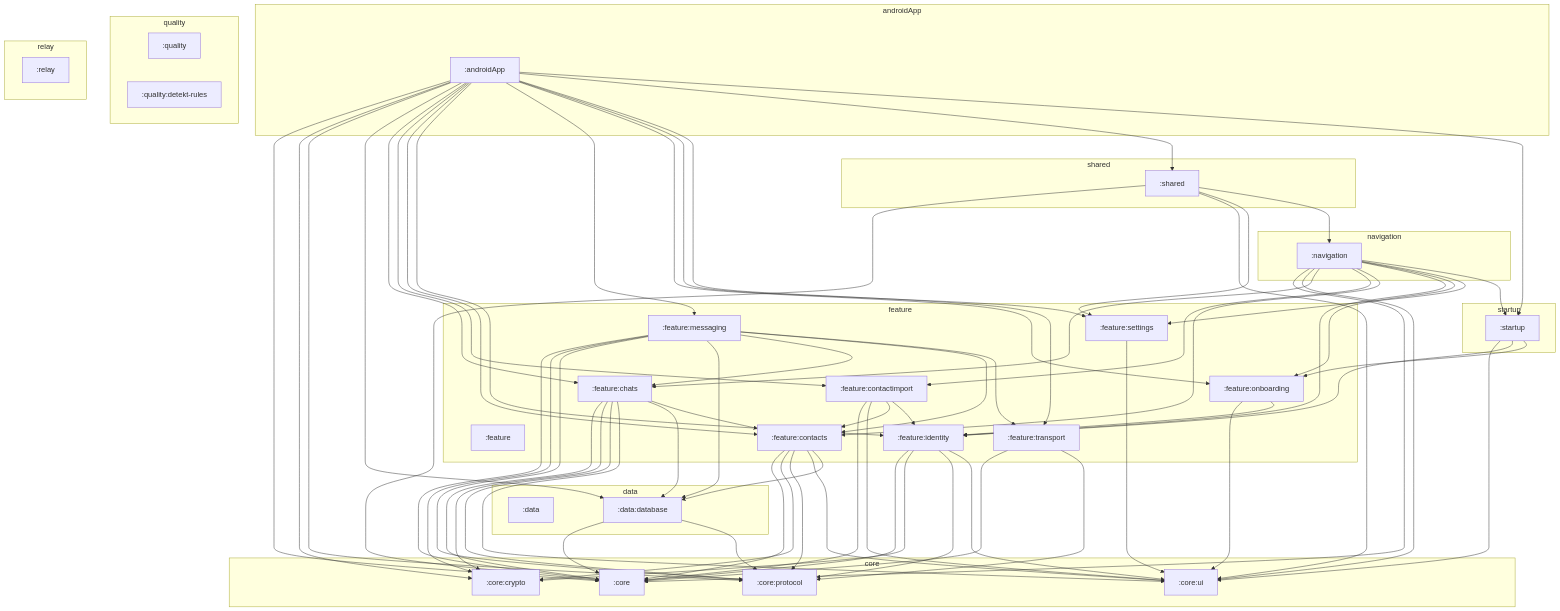
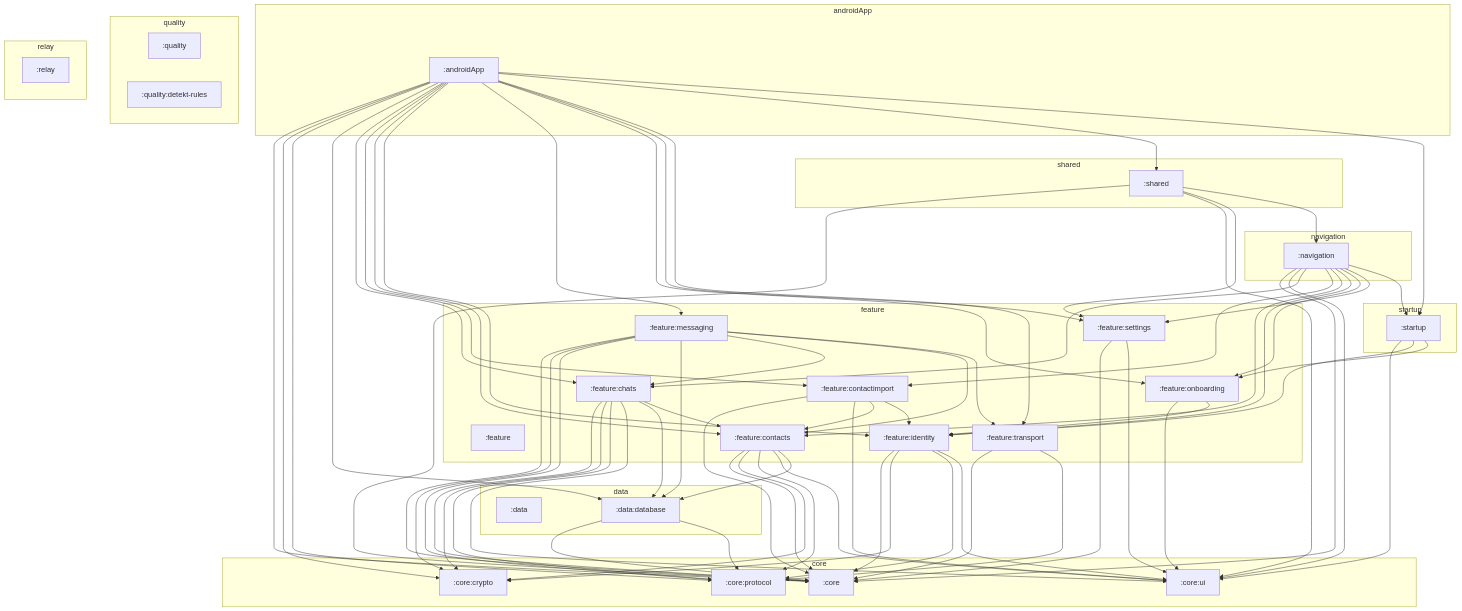
One commit to cbgm/SecureChat changed the diagram in docs/generated/architecture.mmd. Above: the diagram before and after it, drawn with Mermaid. The commit also changed 63 other files, not shown here.

```diff
--- a/docs/generated/architecture.mmd
+++ b/docs/generated/architecture.mmd
@@ -1,114 +1,115 @@
 graph TD
 
     subgraph group_androidApp["androidApp"]
         module_androidApp[":androidApp"]
     end
 
     subgraph group_core["core"]
         module_core[":core"]
         module_core_crypto[":core:crypto"]
         module_core_protocol[":core:protocol"]
         module_core_ui[":core:ui"]
     end
 
     subgraph group_data["data"]
         module_data[":data"]
         module_data_database[":data:database"]
     end
 
     subgraph group_feature["feature"]
         module_feature[":feature"]
         module_feature_chats[":feature:chats"]
         module_feature_contactimport[":feature:contactimport"]
         module_feature_contacts[":feature:contacts"]
         module_feature_identity[":feature:identity"]
         module_feature_messaging[":feature:messaging"]
         module_feature_onboarding[":feature:onboarding"]
         module_feature_settings[":feature:settings"]
         module_feature_transport[":feature:transport"]
     end
 
     subgraph group_navigation["navigation"]
         module_navigation[":navigation"]
     end
 
     subgraph group_quality["quality"]
         module_quality[":quality"]
         module_quality_detekt_rules[":quality:detekt-rules"]
     end
 
     subgraph group_relay["relay"]
         module_relay[":relay"]
     end
 
     subgraph group_shared["shared"]
         module_shared[":shared"]
     end
 
     subgraph group_startup["startup"]
         module_startup[":startup"]
     end
 
     module_androidApp --> module_core
     module_androidApp --> module_core_crypto
     module_androidApp --> module_core_protocol
     module_androidApp --> module_data_database
     module_androidApp --> module_feature_chats
     module_androidApp --> module_feature_contactimport
     module_androidApp --> module_feature_contacts
     module_androidApp --> module_feature_identity
     module_androidApp --> module_feature_messaging
     module_androidApp --> module_feature_onboarding
     module_androidApp --> module_feature_settings
     module_androidApp --> module_feature_transport
     module_androidApp --> module_shared
     module_androidApp --> module_startup
     module_data_database --> module_core
     module_data_database --> module_core_protocol
     module_feature_chats --> module_core
     module_feature_chats --> module_core_crypto
     module_feature_chats --> module_core_protocol
     module_feature_chats --> module_core_ui
     module_feature_chats --> module_data_database
     module_feature_chats --> module_feature_contacts
     module_feature_contactimport --> module_core
     module_feature_contactimport --> module_core_ui
     module_feature_contactimport --> module_feature_contacts
     module_feature_contactimport --> module_feature_identity
     module_feature_contacts --> module_core
     module_feature_contacts --> module_core_crypto
     module_feature_contacts --> module_core_protocol
     module_feature_contacts --> module_core_ui
     module_feature_contacts --> module_data_database
     module_feature_identity --> module_core
     module_feature_identity --> module_core_crypto
     module_feature_identity --> module_core_protocol
     module_feature_identity --> module_core_ui
     module_feature_messaging --> module_core
     module_feature_messaging --> module_core_crypto
     module_feature_messaging --> module_core_protocol
     module_feature_messaging --> module_data_database
     module_feature_messaging --> module_feature_chats
     module_feature_messaging --> module_feature_contacts
     module_feature_messaging --> module_feature_transport
     module_feature_onboarding --> module_core_ui
     module_feature_onboarding --> module_feature_identity
+    module_feature_settings --> module_core
     module_feature_settings --> module_core_ui
     module_feature_transport --> module_core
     module_feature_transport --> module_core_protocol
     module_navigation --> module_core
     module_navigation --> module_core_ui
     module_navigation --> module_feature_chats
     module_navigation --> module_feature_contactimport
     module_navigation --> module_feature_contacts
     module_navigation --> module_feature_identity
     module_navigation --> module_feature_onboarding
     module_navigation --> module_feature_settings
     module_navigation --> module_startup
     module_shared --> module_core
     module_shared --> module_core_ui
     module_shared --> module_feature_settings
     module_shared --> module_navigation
     module_startup --> module_core_ui
     module_startup --> module_feature_identity
     module_startup --> module_feature_onboarding
```
